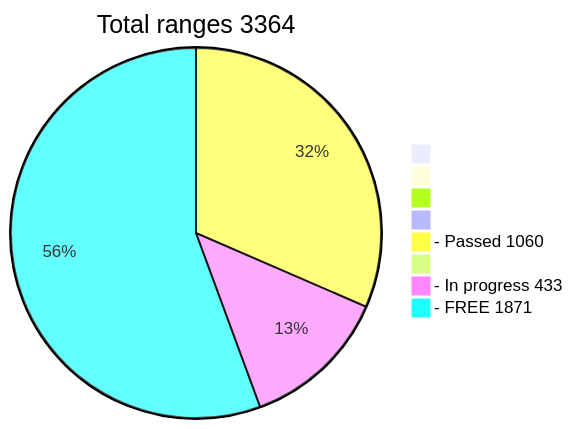
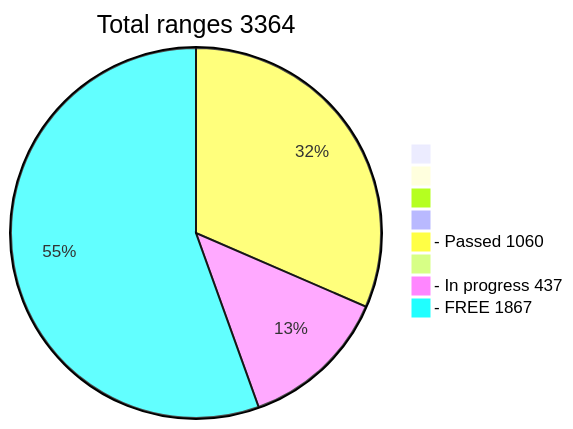
Before and after one commit to phrutis/wif500: the diagram in README.md, drawn with Mermaid.

````diff
--- a/README.md
+++ b/README.md
@@ -16,12 +16,12 @@
 ```mermaid
 pie title Total ranges 3364
              " " : 0
             "  " : 0
            "   " : 0
           "    " : 0
   "- Passed 1060" : 1060
          "     " : 0
-  "- In progress 433" : 433
-   "- FREE 1871" : 1871
+  "- In progress 437" : 437
+   "- FREE 1867" : 1867
    
 ```
````
